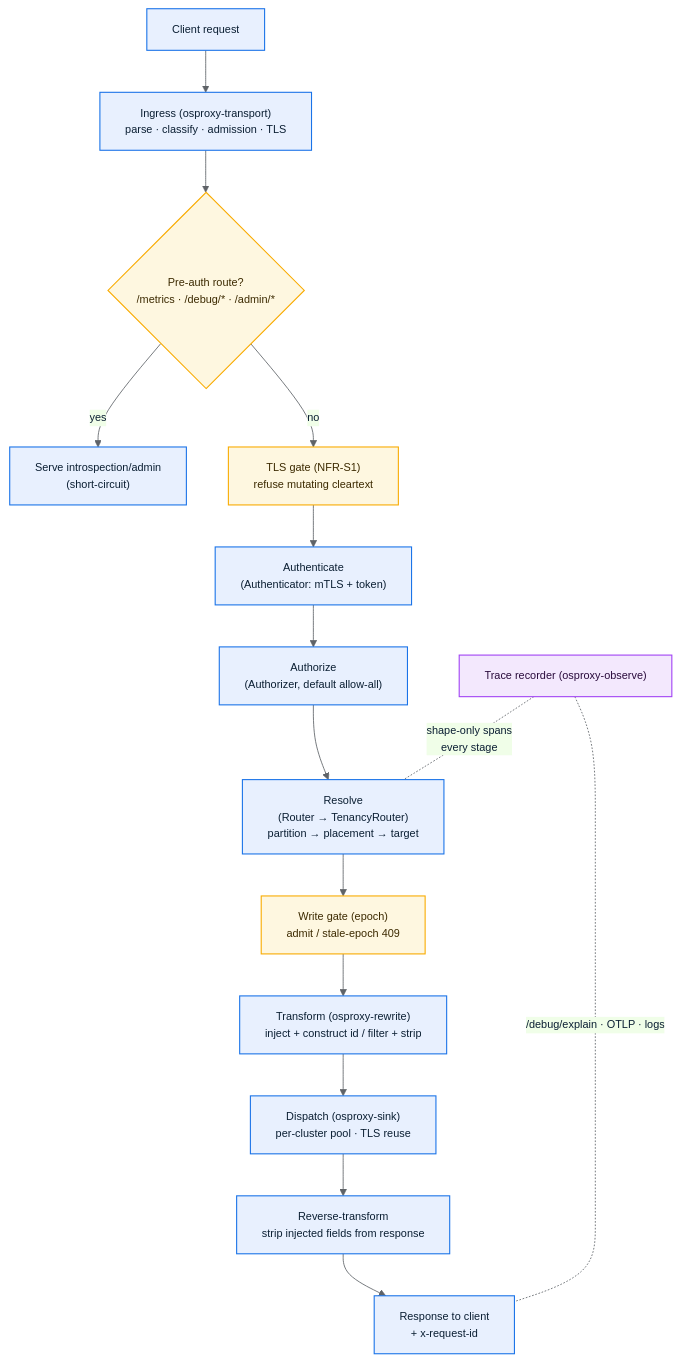
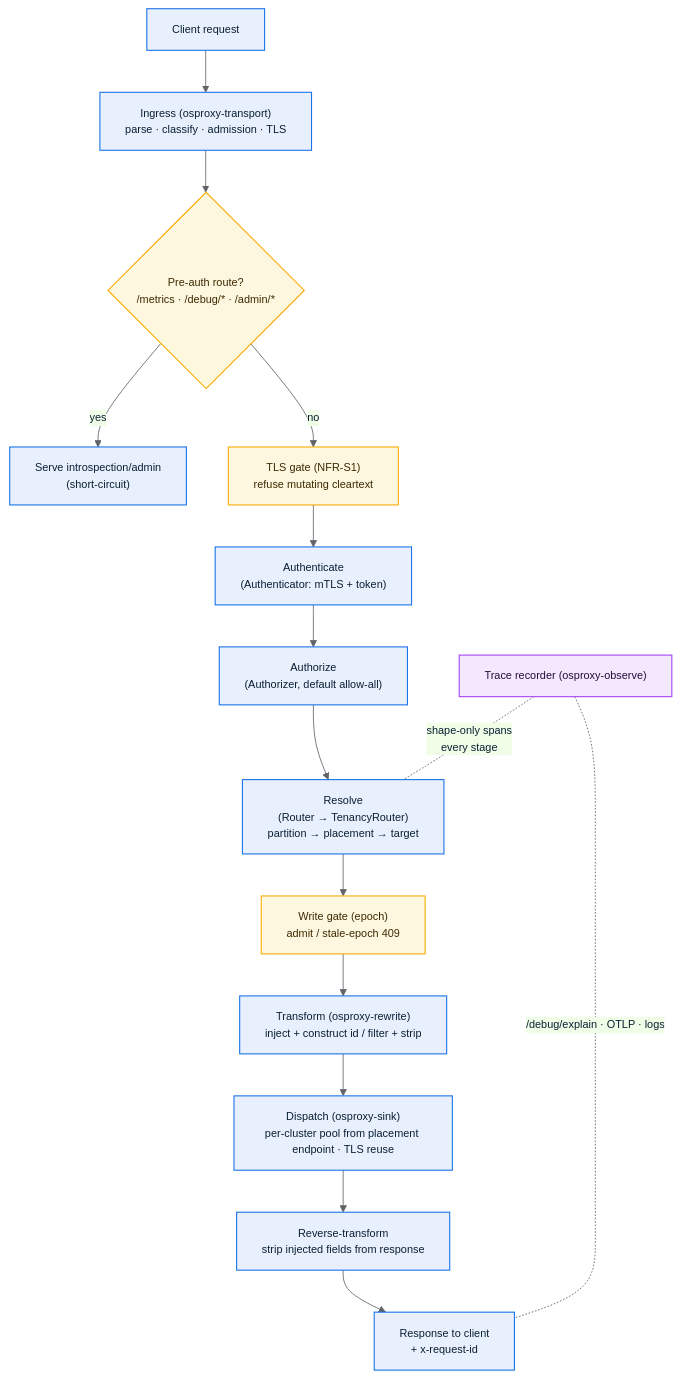
The first of 3 diagrams in docs/guide/03-architecture.md (huyz0/opensearch-proxy), drawn with Mermaid before and after one commit. The commit also changed 4 other files, not shown here.

First line of the commit message:
docs(guide): document cluster_endpoint + placement endpoints; move site link to repo metadata

````diff
--- a/docs/guide/03-architecture.md
+++ b/docs/guide/03-architecture.md
@@ -10,26 +10,26 @@
 ```mermaid
 %%{init: {'theme':'base','themeVariables':{'primaryColor':'#e8f0fe','primaryTextColor':'#0b1f33','primaryBorderColor':'#1a73e8','lineColor':'#5f6368','fontSize':'13px'}}}%%
 flowchart TB
     A["Client request"] --> B["Ingress (osproxy-transport)<br/>parse · classify · admission · TLS"]
     B --> C{"Pre-auth route?<br/>/metrics · /debug/* · /admin/*"}
     C -- yes --> C1["Serve introspection/admin<br/>(short-circuit)"]
     C -- no --> D["TLS gate (NFR-S1)<br/>refuse mutating cleartext"]
     D --> E["Authenticate<br/>(Authenticator: mTLS + token)"]
     E --> F["Authorize<br/>(Authorizer, default allow-all)"]
     F --> G["Resolve<br/>(Router → TenancyRouter)<br/>partition → placement → target"]
     G --> H["Write gate (epoch)<br/>admit / stale-epoch 409"]
     H --> I["Transform (osproxy-rewrite)<br/>inject + construct id / filter + strip"]
-    I --> J["Dispatch (osproxy-sink)<br/>per-cluster pool · TLS reuse"]
+    I --> J["Dispatch (osproxy-sink)<br/>per-cluster pool from placement endpoint · TLS reuse"]
     J --> K["Reverse-transform<br/>strip injected fields from response"]
     K --> L["Response to client<br/>+ x-request-id"]
 
     M["Trace recorder (osproxy-observe)"] -. "shape-only spans<br/>every stage" .- G
     M -. "/debug/explain · OTLP · logs" .- L
 
     classDef step fill:#e8f0fe,stroke:#1a73e8,stroke-width:1.3px,color:#0b1f33;
     classDef gate fill:#fef7e0,stroke:#f9ab00,stroke-width:1.3px,color:#3c2a00;
     classDef obs fill:#f3e8fd,stroke:#a142f4,stroke-width:1.3px,color:#2a0b3c;
     class A,B,E,F,G,I,J,K,L,C1 step;
     class C,D,H gate;
     class M obs;
 ```
````
